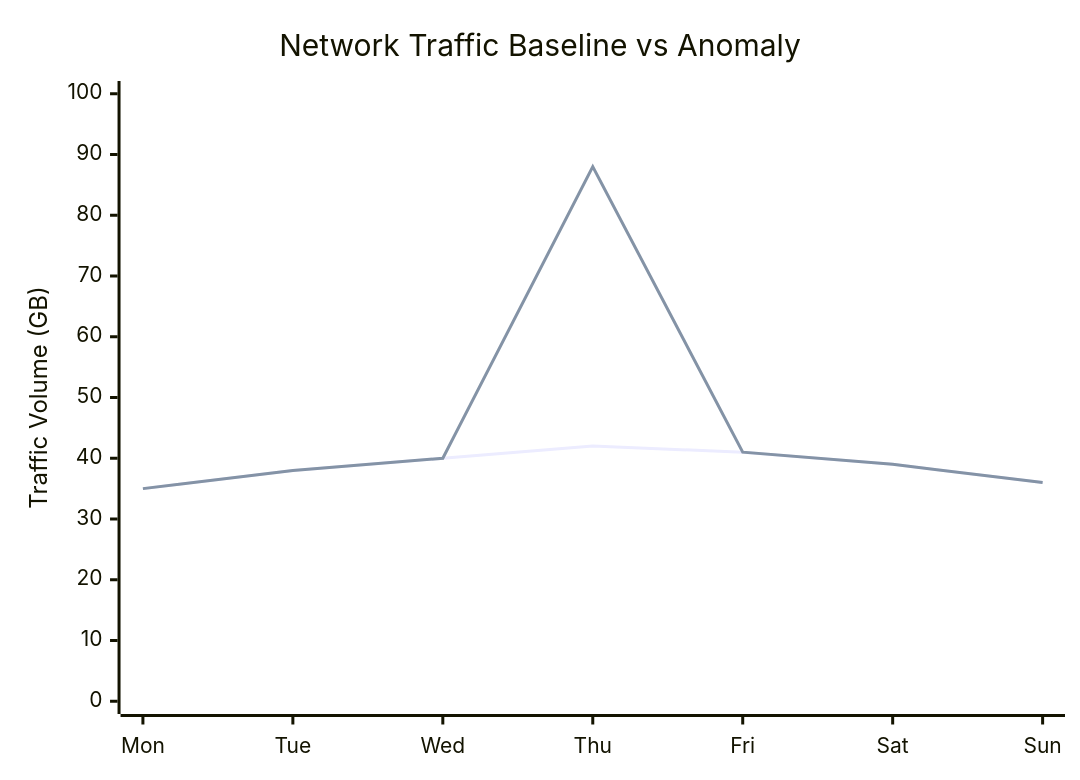
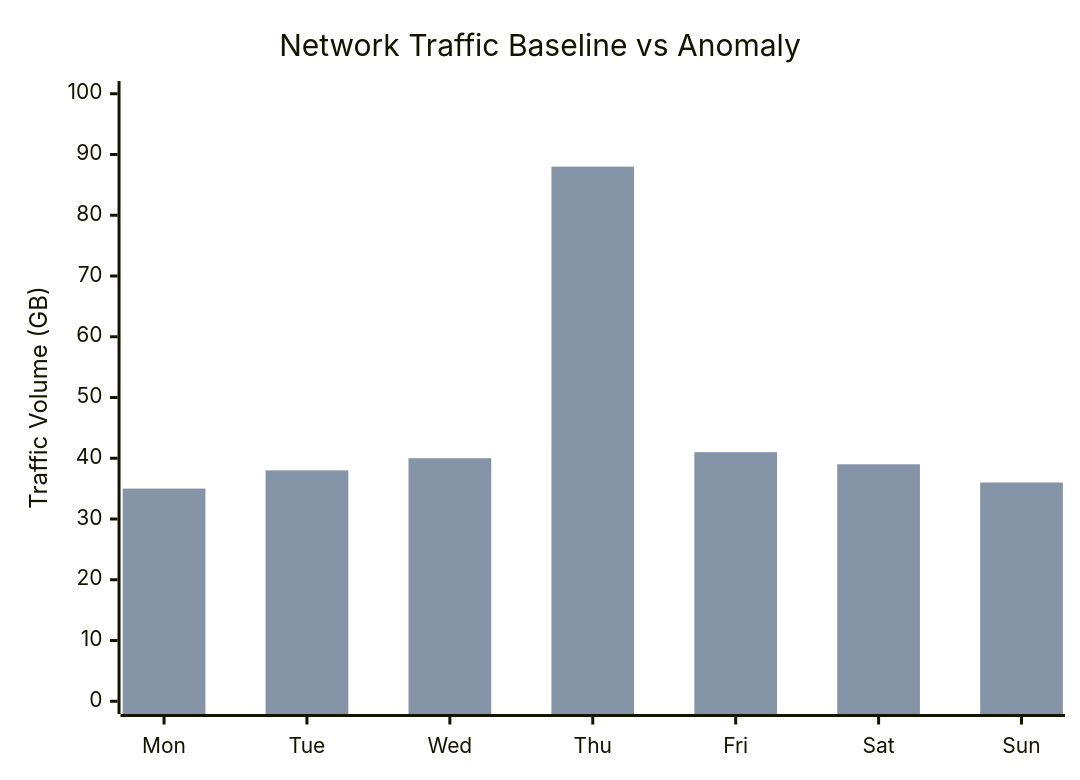
Before and after one commit to trisulnsm/trisullearn: the diagram in glossary/docs/B/baseline-traffic-analytics.md, drawn with Mermaid. The commit also changed other lines of this file and 4 other files, not shown here.

````diff
--- a/glossary/docs/B/baseline-traffic-analytics.md
+++ b/glossary/docs/B/baseline-traffic-analytics.md
@@ -45,9 +45,8 @@
 ```mermaid
 xychart-beta
     title "Network Traffic Baseline vs Anomaly"
     x-axis ["Mon", "Tue", "Wed", "Thu", "Fri", "Sat", "Sun"]
     y-axis "Traffic Volume (GB)" 0 --> 100
-
-    line "Normal Baseline" [35, 38, 40, 42, 41, 39, 36]
-    line "Observed Traffic" [35, 38, 40, 88, 41, 39, 36]
+    bar [35, 38, 40, 42, 41, 39, 36]
+    bar [35, 38, 40, 88, 41, 39, 36]
 ```
````
